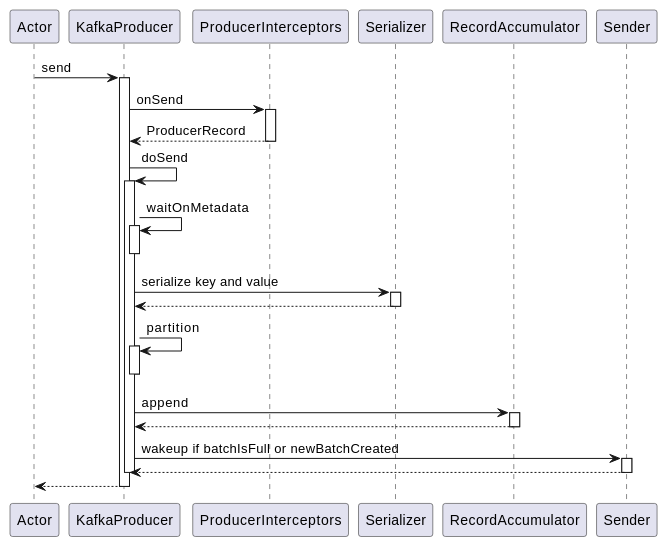
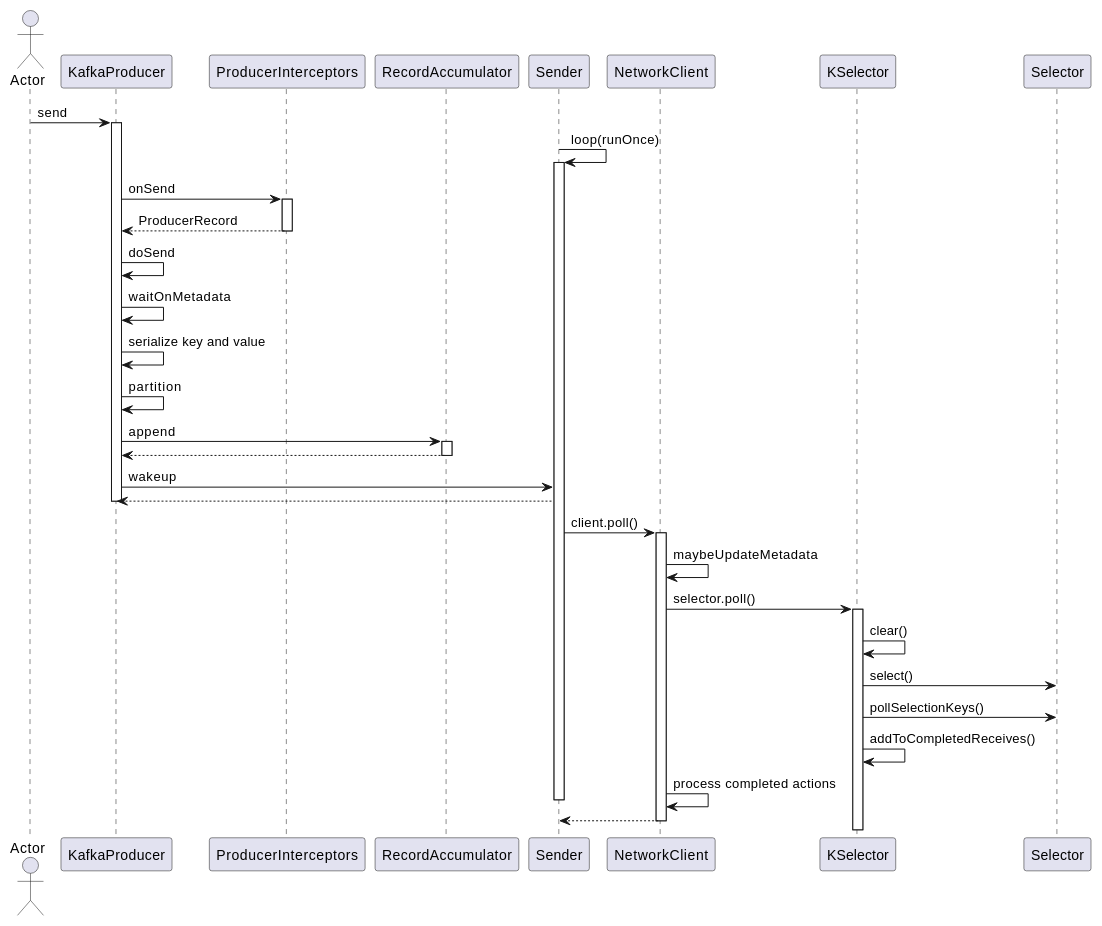
Before and after one commit to Robinpig/Note: the diagram in docs/CS/MQ/Kafka/Producer.md, drawn with PlantUML. The commit also changed other lines of this file and 1 other file, not shown here.

Commit message:
Producer

````diff
--- a/docs/CS/MQ/Kafka/Producer.md
+++ b/docs/CS/MQ/Kafka/Producer.md
@@ -91,31 +91,36 @@
 ```plantuml
-participant Actor
+actor Actor
 Actor -> KafkaProducer : send
 activate KafkaProducer
+participant ProducerInterceptors
+participant RecordAccumulator
+Sender -> Sender : loop(runOnce)
+activate Sender
 KafkaProducer -> ProducerInterceptors : onSend
 activate ProducerInterceptors
 ProducerInterceptors --> KafkaProducer: ProducerRecord
 deactivate ProducerInterceptors
 KafkaProducer -> KafkaProducer : doSend
-activate KafkaProducer
 KafkaProducer -> KafkaProducer : waitOnMetadata
-activate KafkaProducer
-deactivate KafkaProducer
-KafkaProducer -> Serializer : serialize key and value
-activate Serializer
-Serializer --> KafkaProducer
-deactivate Serializer
+KafkaProducer -> KafkaProducer : serialize key and value
 KafkaProducer -> KafkaProducer : partition
-activate KafkaProducer
-deactivate KafkaProducer
 KafkaProducer -> RecordAccumulator : append
 activate RecordAccumulator
 RecordAccumulator --> KafkaProducer
 deactivate RecordAccumulator
-KafkaProducer -> Sender : wakeup if batchIsFull or newBatchCreated
-activate Sender
+KafkaProducer -> Sender : wakeup
 Sender --> KafkaProducer
+deactivate KafkaProducer
+Sender -> NetworkClient : client.poll()
+activate NetworkClient
+NetworkClient -> NetworkClient : maybeUpdateMetadata
+NetworkClient -> KSelector : selector.poll()
+activate KSelector
+KSelector -> KSelector : clear()
+KSelector -> Selector : select()
+KSelector -> Selector : pollSelectionKeys()
+KSelector -> KSelector : addToCompletedReceives()
+NetworkClient -> NetworkClient : process completed actions
 deactivate Sender
-deactivate KafkaProducer
 return
 ```
````
